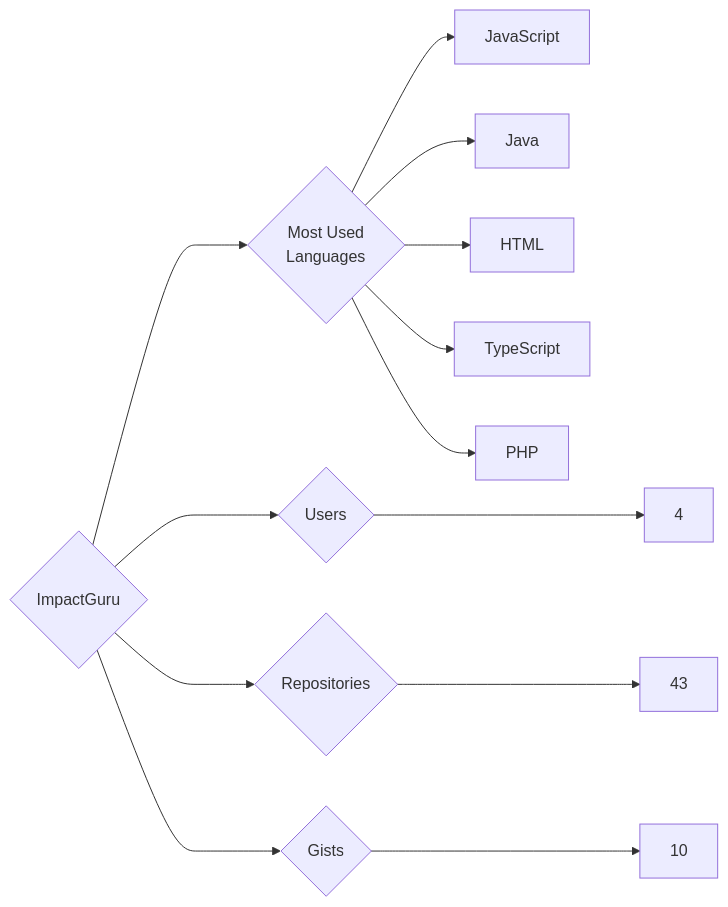
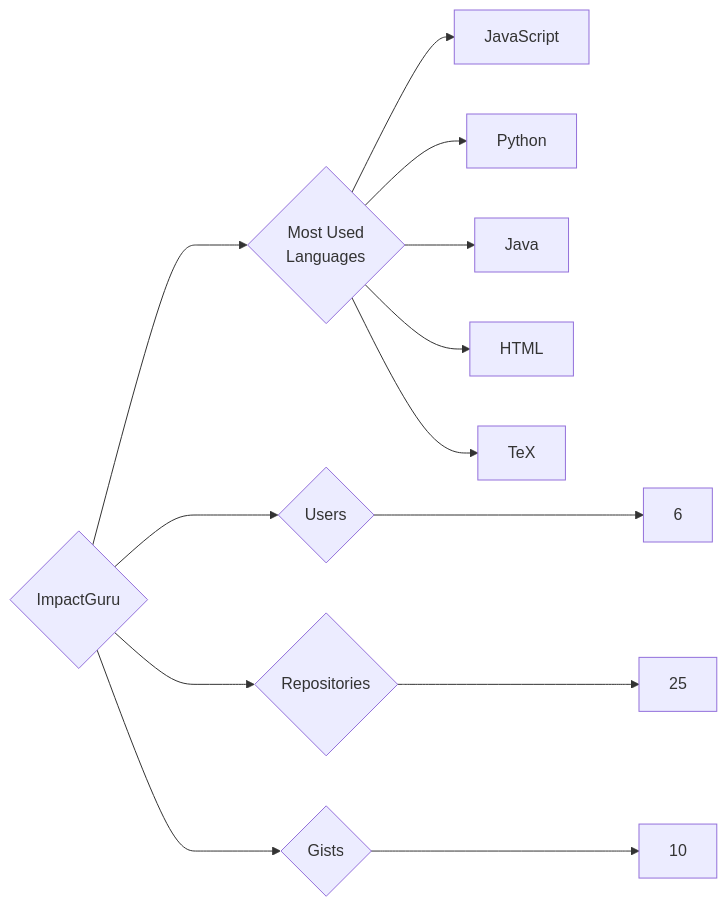
One commit to trickest/insiders changed the diagram in targets/ImpactGuru/README.md. Above: the diagram before and after it, drawn with Mermaid. The commit also changed 938 other files, not shown here.

````diff
--- a/targets/ImpactGuru/README.md
+++ b/targets/ImpactGuru/README.md
@@ -3,13 +3,13 @@
 ```mermaid
 graph LR
 COMPANY_NAME{ImpactGuru}
-COMPANY_NAME ---> U{Users} ---> UN[4]
-COMPANY_NAME ---> R{Repositories} ---> RN[43]
+COMPANY_NAME ---> U{Users} ---> UN[6]
+COMPANY_NAME ---> R{Repositories} ---> RN[25]
 COMPANY_NAME ---> G{Gists} ---> GN[10]
 COMPANY_NAME ---> ML{Most Used<br>Languages}
 ML --> JavaScript[JavaScript]
+ML --> Python[Python]
 ML --> Java[Java]
 ML --> HTML[HTML]
-ML --> TypeScript[TypeScript]
-ML --> PHP[PHP]
+ML --> TeX[TeX]
 ```
````
